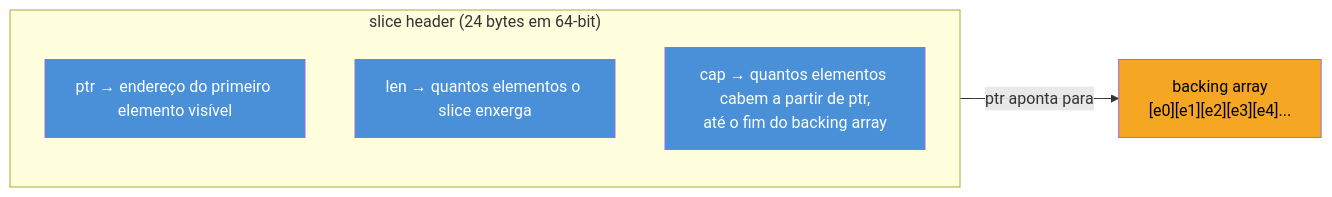
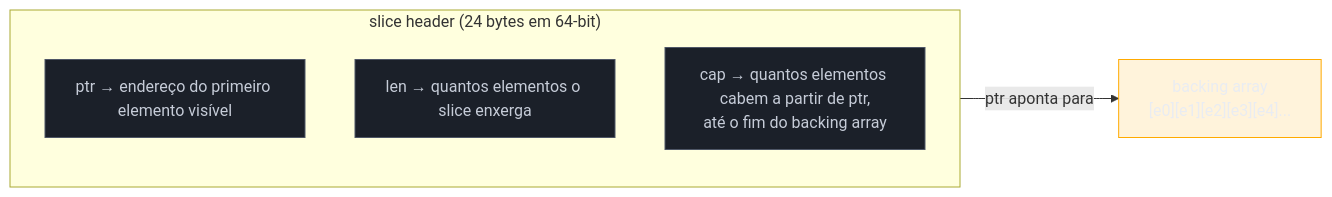
One commit to josenaldo/codex-technomanticus changed the first of 4 diagrams in 03-Dominios/Tecnologia/Go/05 - Coleções e dados/05 - O modelo de memória de slices — len, cap e aliasing.md. Above: the diagram before and after it, drawn with Mermaid. The commit also changed other lines of this file and 1181 other files, not shown here.

First line of the commit message:
fix(diagramas): paleta do sistema no lugar de cor cravada no markdown

````diff
--- a/03-Dominios/Tecnologia/Go/05 - Coleções e dados/05 - O modelo de memória de slices — len, cap e aliasing.md
+++ b/03-Dominios/Tecnologia/Go/05 - Coleções e dados/05 - O modelo de memória de slices — len, cap e aliasing.md
@@ -48,16 +48,18 @@
 ```mermaid
 flowchart LR
+    classDef neutro fill:#1B2029,stroke:#4E5666,color:#C6CCD8
+    classDef destaque fill:#FFAA0024,stroke:#FFAA00,color:#E9ECF2
     subgraph Header["slice header (24 bytes em 64-bit)"]
         direction TB
         P["ptr → endereço do primeiro elemento visível"]
         L["len → quantos elementos o slice enxerga"]
         C["cap → quantos elementos cabem a partir de ptr,\naté o fim do backing array"]
     end
 
     Header -->|"ptr aponta para"| Array["backing array\n[e0][e1][e2][e3][e4]..."]
 
-    style P fill:#4A90D9,color:#fff
-    style L fill:#4A90D9,color:#fff
-    style C fill:#4A90D9,color:#fff
-    style Array fill:#F5A623,color:#000
+    class P neutro
+    class L neutro
+    class C neutro
+    class Array destaque
 ```
````
